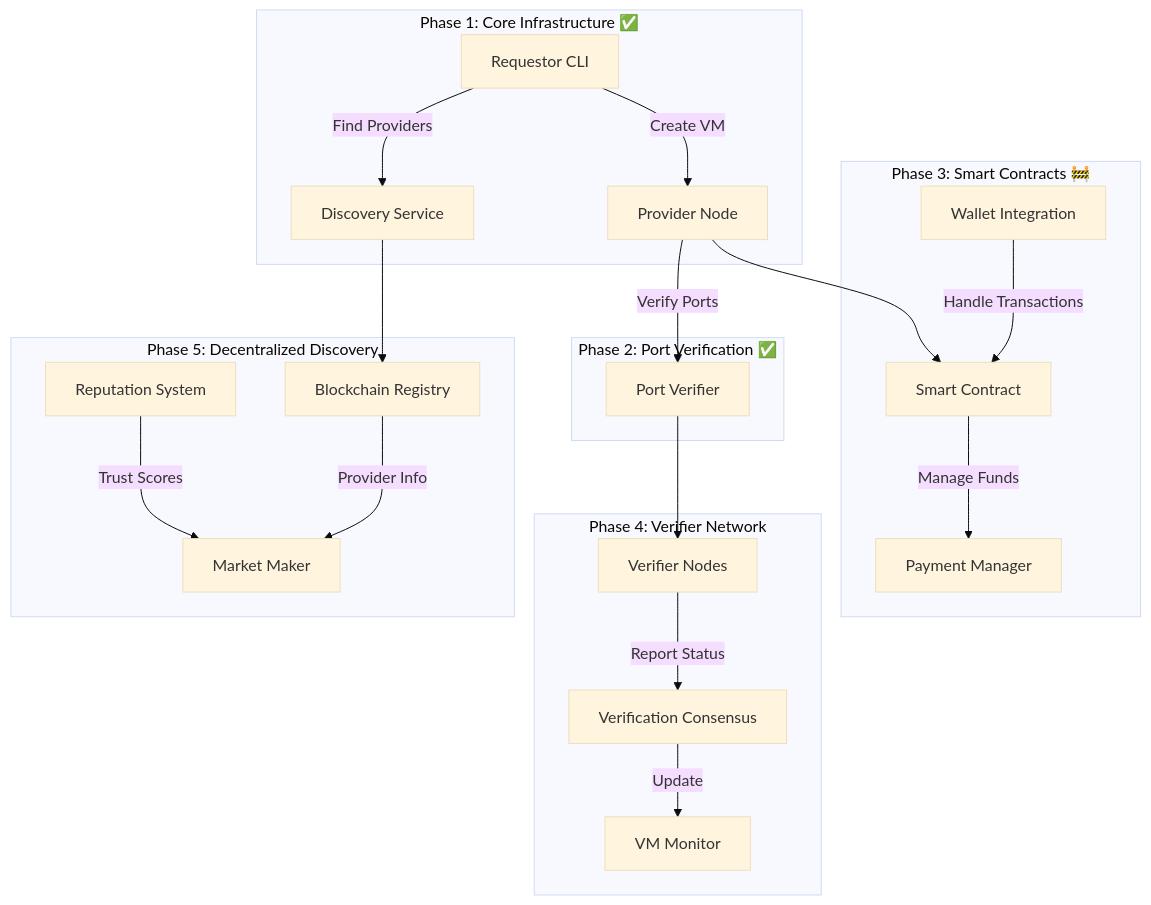
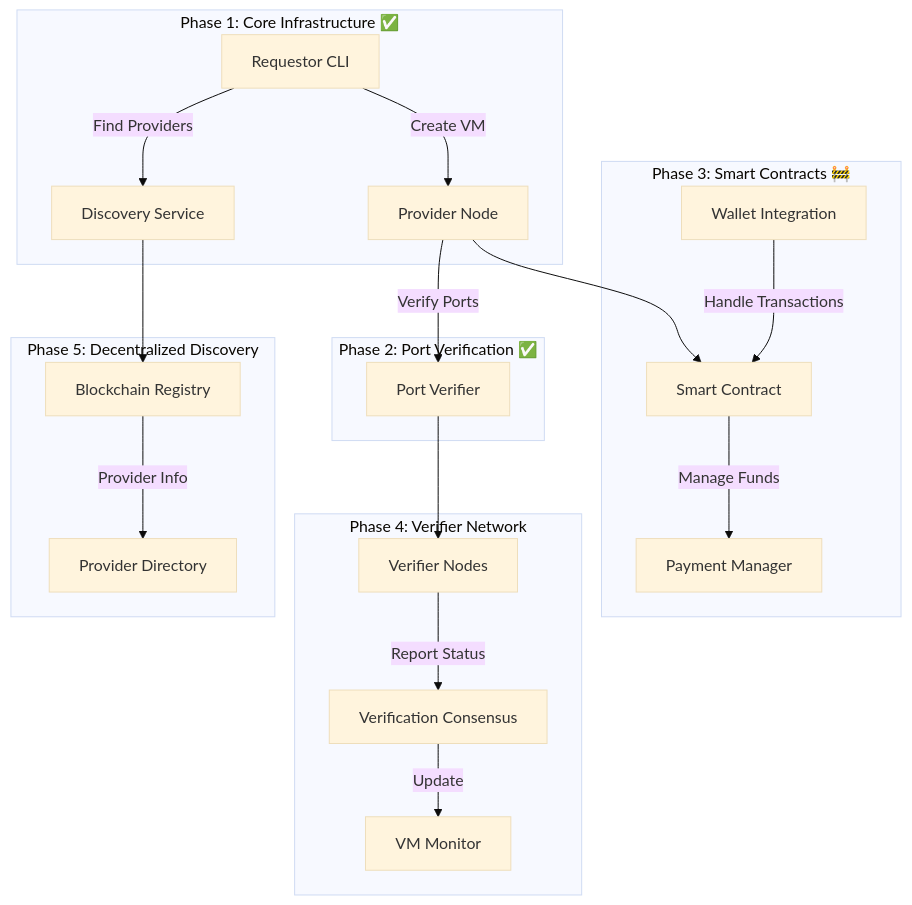
Before and after one commit to cryptobench/vm-on-golem: the second of 2 diagrams in VM-on-Golem-VISION/ROADMAP.md, drawn with Mermaid (base theme). The commit also changed other lines of this file, not shown here.

````diff
--- a/VM-on-Golem-VISION/ROADMAP.md
+++ b/VM-on-Golem-VISION/ROADMAP.md
@@ -25,43 +25,41 @@
 ```mermaid
 graph TB
     subgraph "Phase 1: Core Infrastructure ✅"
         R[Requestor CLI]
         P[Provider Node]
         D[Discovery Service]
         R -->|Find Providers| D
         R -->|Create VM| P
     end
 
     subgraph "Phase 2: Port Verification ✅"
         PV[Port Verifier]
         P -->|Verify Ports| PV
     end
 
     subgraph "Phase 3: Smart Contracts 🚧"
         SC[Smart Contract]
         W[Wallet Integration]
         PM[Payment Manager]
         SC -->|Manage Funds| PM
         W -->|Handle Transactions| SC
     end
 
     subgraph "Phase 4: Verifier Network"
         VN[Verifier Nodes]
         VC[Verification Consensus]
         VM[VM Monitor]
         VN -->|Report Status| VC
         VC -->|Update| VM
     end
 
     subgraph "Phase 5: Decentralized Discovery"
         BC[Blockchain Registry]
-        RP[Reputation System]
-        MM[Market Maker]
-        BC -->|Provider Info| MM
-        RP -->|Trust Scores| MM
+        PD[Provider Directory]
+        BC -->|Provider Info| PD
     end
 
     P --> SC
     PV --> VN
     D --> BC
 ```
````
